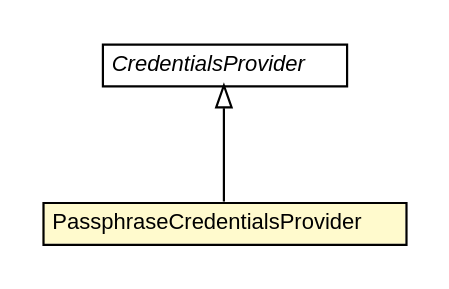
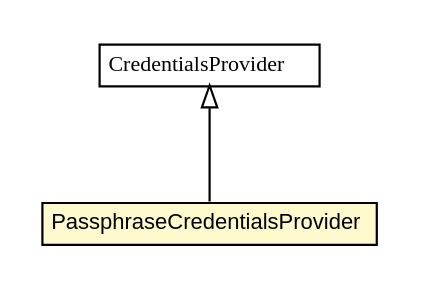
One commit to trajano/wagon-git changed the diagram in apidocs/net/trajano/wagon/git/internal/PassphraseCredentialsProvider.dot. Above: the diagram before and after it, drawn with Graphviz. The commit also changed 137 other files, not shown here.

```diff
--- a/apidocs/net/trajano/wagon/git/internal/PassphraseCredentialsProvider.dot
+++ b/apidocs/net/trajano/wagon/git/internal/PassphraseCredentialsProvider.dot
@@ -1,26 +1,26 @@
 #!/usr/local/bin/dot
 #
 # Class diagram 
 # Generated by UMLGraph version R5_6-24-gf6e263 (http://www.umlgraph.org/)
 #
 
 digraph G {
-	edge [fontname="Helvetica",fontsize=10,labelfontname="Helvetica",labelfontsize=10];
-	node [fontname="Helvetica",fontsize=10,shape=plaintext];
+	edge [fontname="arial",fontsize=10,labelfontname="arial",labelfontsize=10];
+	node [fontname="arial",fontsize=10,shape=plaintext];
 	nodesep=0.25;
 	ranksep=0.5;
 	// net.trajano.wagon.git.internal.PassphraseCredentialsProvider
 	c42 [label=<<table title="net.trajano.wagon.git.internal.PassphraseCredentialsProvider" border="0" cellborder="1" cellspacing="0" cellpadding="2" port="p" bgcolor="lemonChiffon" href="./PassphraseCredentialsProvider.html">
 		<tr><td><table border="0" cellspacing="0" cellpadding="1">
 <tr><td align="center" balign="center"> PassphraseCredentialsProvider </td></tr>
 		</table></td></tr>
-		</table>>, URL="./PassphraseCredentialsProvider.html", fontname="Helvetica", fontcolor="black", fontsize=10.0];
+		</table>>, URL="./PassphraseCredentialsProvider.html", fontname="arial", fontcolor="black", fontsize=10.0];
 	//net.trajano.wagon.git.internal.PassphraseCredentialsProvider extends org.eclipse.jgit.transport.CredentialsProvider
 	c45:p -> c42:p [dir=back,arrowtail=empty];
 	// org.eclipse.jgit.transport.CredentialsProvider
-	c45 [label=<<table title="org.eclipse.jgit.transport.CredentialsProvider" border="0" cellborder="1" cellspacing="0" cellpadding="2" port="p" href="http://java.sun.com/j2se/1.4.2/docs/api/org/eclipse/jgit/transport/CredentialsProvider.html">
+	c45 [label=<<table title="org.eclipse.jgit.transport.CredentialsProvider" border="0" cellborder="1" cellspacing="0" cellpadding="2" port="p">
 		<tr><td><table border="0" cellspacing="0" cellpadding="1">
-<tr><td align="center" balign="center"><font face="Helvetica-Oblique"> CredentialsProvider </font></td></tr>
+<tr><td align="center" balign="center"><font face="arial italic"> CredentialsProvider </font></td></tr>
 		</table></td></tr>
-		</table>>, URL="http://java.sun.com/j2se/1.4.2/docs/api/org/eclipse/jgit/transport/CredentialsProvider.html", fontname="Helvetica", fontcolor="black", fontsize=10.0];
+		</table>>, URL="null", fontname="arial", fontcolor="black", fontsize=10.0];
 }
```
